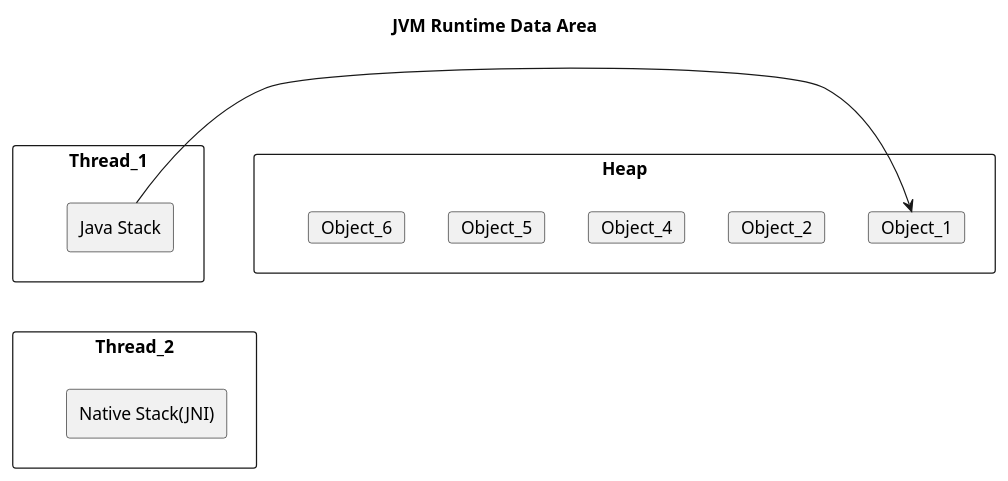
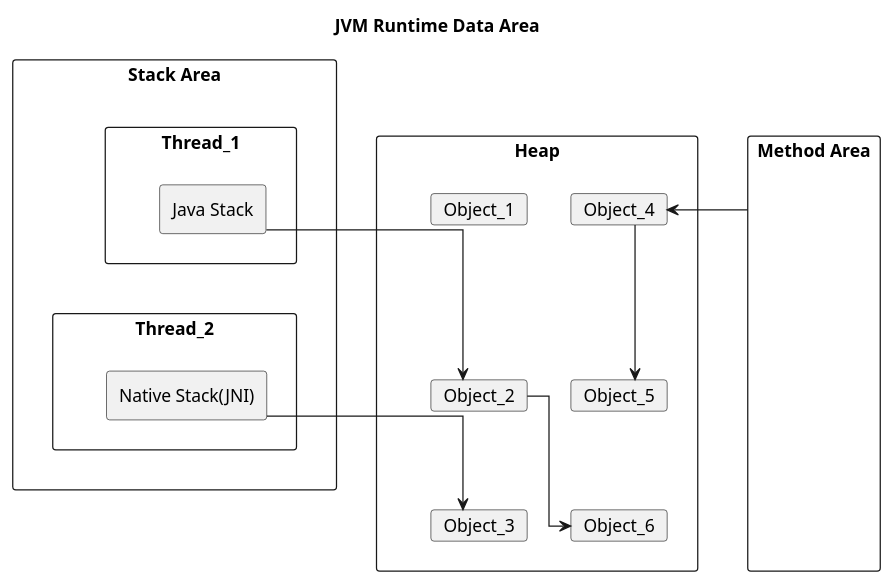
The diagram in plantuml/java/concept-jvm-reference-gc-1.plantuml (windowforsun/blog), drawn with PlantUML before and after one commit. The commit also changed 16 other files, not shown here.

```diff
--- a/plantuml/java/concept-jvm-reference-gc-1.plantuml
+++ b/plantuml/java/concept-jvm-reference-gc-1.plantuml
@@ -1,36 +1,66 @@
 @startuml
+'skinparam nodesep 10
+skinparam ranksep 20
+skinparam linetype ortho
 
 title JVM Runtime Data Area
+rectangle "Stack Area" {
+	rectangle Thread_1 {
+		rectangle "Java Stack" {
 
-rectangle Thread_1 {
-	rectangle "Java Stack" {
+		}
+	}
 
+	rectangle Thread_2 {
+		rectangle "Native Stack(JNI)" {
+
+		}
 	}
-}
 
-rectangle Thread_2 {
-	rectangle "Native Stack(JNI)" {
-
-	}
+	Thread_1 -[hidden]d- Thread_2
 }
 
 rectangle Heap {
 	card Object_1 {
 	}
 	card Object_2 {
 	}
-	card Object_2 {
+	card Object_3 {
 	}
 	card Object_4 {
 	}
 	card Object_5 {
 	}
 	card Object_6 {
 	}
+
+	Object_1 -[hidden]d- Object_2
+	Object_2 -[hidden]d- Object_3
+	Object_4 -[hidden]d- Object_5
+	Object_5 -[hidden]d- Object_6
+	Object_2 --> Object_6
+	Object_4 --> Object_5
 }
 
-Thread_1 -[hidden]down- Thread_2
+rectangle "Method Area" {
+	card a {
+	}
+	card b {
+	}
+	card c {
+	}
+
+	a -d-> b
+	b -d-> c
+
+	hide a
+	hide b
+	hide c
+}
+
 Thread_1 -[hidden]right- Heap
-"Java Stack" -right-> Object_1
+"Java Stack" -r-> Object_2
+"Native Stack(JNI)" -r-> Object_3
+"Method Area" -l-> Object_4
 
 @enduml
```
